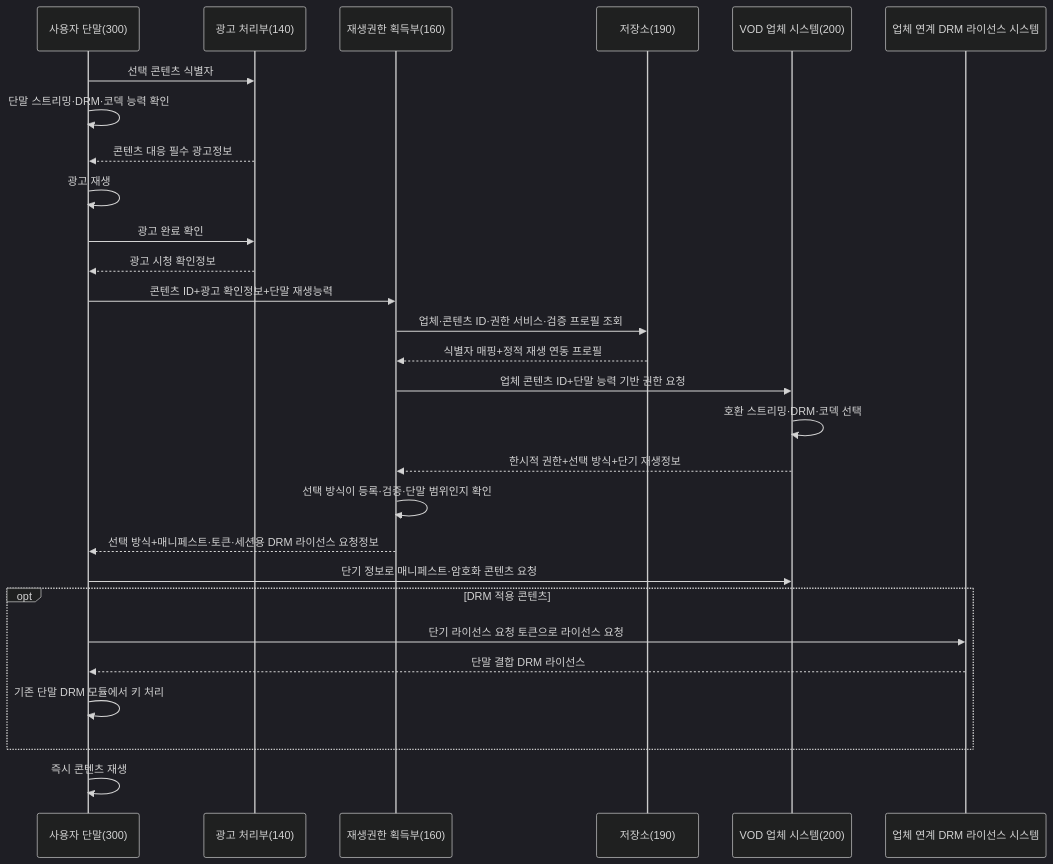
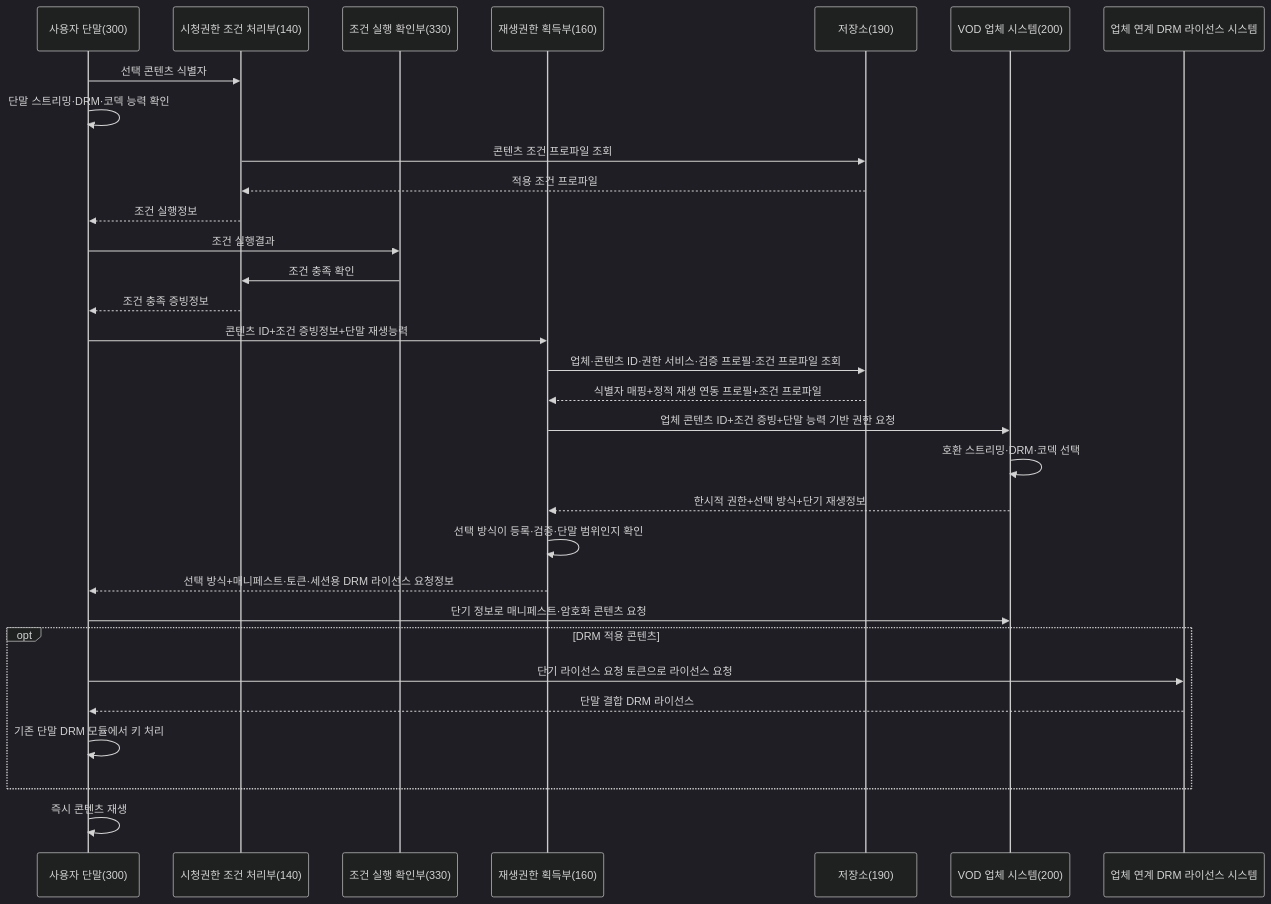
One commit to growdai1y/instant-play changed the tenth of 11 diagrams in instant_play_직무발명서.md. Above: the diagram before and after it, drawn with Mermaid (dark theme). The commit also changed other lines of this file, not shown here.

````diff
--- a/instant_play_직무발명서.md
+++ b/instant_play_직무발명서.md
@@ -983,31 +1129,34 @@
 ```mermaid
 sequenceDiagram
     participant D as 사용자 단말(300)
-    participant A as 광고 처리부(140)
+    participant C as 시청권한 조건 처리부(140)
+    participant E as 조건 실행 확인부(330)
     participant G as 재생권한 획득부(160)
     participant S as 저장소(190)
     participant V as VOD 업체 시스템(200)
     participant L as 업체 연계 DRM 라이선스 시스템
 
-    D->>A: 선택 콘텐츠 식별자
+    D->>C: 선택 콘텐츠 식별자
     D->>D: 단말 스트리밍·DRM·코덱 능력 확인
-    A-->>D: 콘텐츠 대응 필수 광고정보
-    D->>D: 광고 재생
-    D->>A: 광고 완료 확인
-    A-->>D: 광고 시청 확인정보
-    D->>G: 콘텐츠 ID+광고 확인정보+단말 재생능력
-    G->>S: 업체·콘텐츠 ID·권한 서비스·검증 프로필 조회
-    S-->>G: 식별자 매핑+정적 재생 연동 프로필
-    G->>V: 업체 콘텐츠 ID+단말 능력 기반 권한 요청
+    C->>S: 콘텐츠 조건 프로파일 조회
+    S-->>C: 적용 조건 프로파일
+    C-->>D: 조건 실행정보
+    D->>E: 조건 실행결과
+    E->>C: 조건 충족 확인
+    C-->>D: 조건 충족 증빙정보
+    D->>G: 콘텐츠 ID+조건 증빙정보+단말 재생능력
+    G->>S: 업체·콘텐츠 ID·권한 서비스·검증 프로필·조건 프로파일 조회
+    S-->>G: 식별자 매핑+정적 재생 연동 프로필+조건 프로파일
+    G->>V: 업체 콘텐츠 ID+조건 증빙+단말 능력 기반 권한 요청
     V->>V: 호환 스트리밍·DRM·코덱 선택
     V-->>G: 한시적 권한+선택 방식+단기 재생정보
     G->>G: 선택 방식이 등록·검증·단말 범위인지 확인
     G-->>D: 선택 방식+매니페스트·토큰·세션용 DRM 라이선스 요청정보
     D->>V: 단기 정보로 매니페스트·암호화 콘텐츠 요청
     opt DRM 적용 콘텐츠
         D->>L: 단기 라이선스 요청 토큰으로 라이선스 요청
         L-->>D: 단말 결합 DRM 라이선스
         D->>D: 기존 단말 DRM 모듈에서 키 처리
     end
     D->>D: 즉시 콘텐츠 재생
 ```
````
